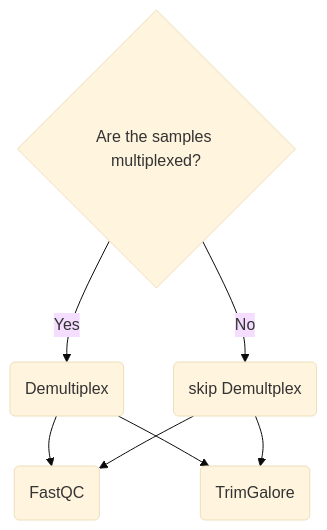
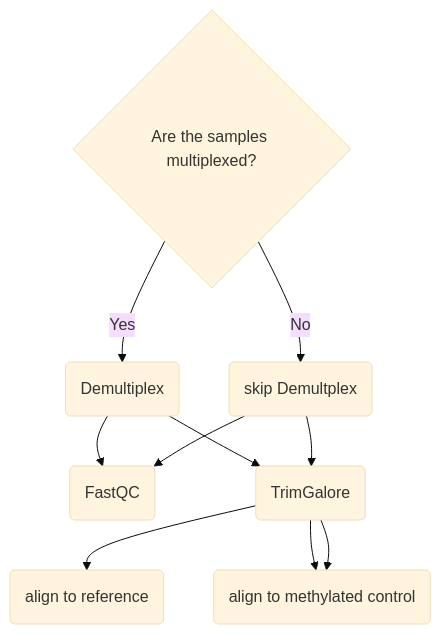
The diagram in docs/usage.md (chelauk/nf-core-demultiplex-methylation), drawn with Mermaid (base theme) before and after one commit.

````diff
--- a/docs/usage.md
+++ b/docs/usage.md
@@ -7,10 +7,13 @@
 ```mermaid
 flowchart TD
 step1{Are the samples multiplexed?}
 step1 -->|Yes| step1a(Demultiplex)
 step1 -->|No| step1b(skip Demultplex)
 step1a --> step2(FastQC)
 step1b --> step2(FastQC)
 step1a --> step3(TrimGalore)
 step1b --> step3(TrimGalore)
+step3 --> step4(align to reference)
+step3 --> step5(align to unmethylated control)
+step3 --> step5(align to methylated control)
 ```
````
